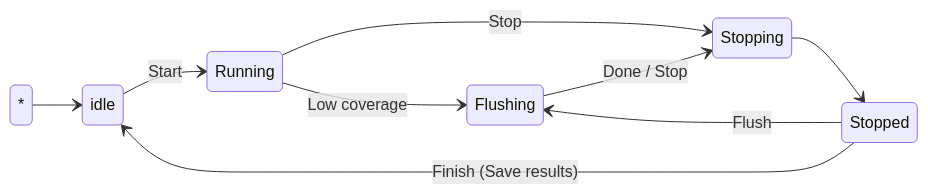
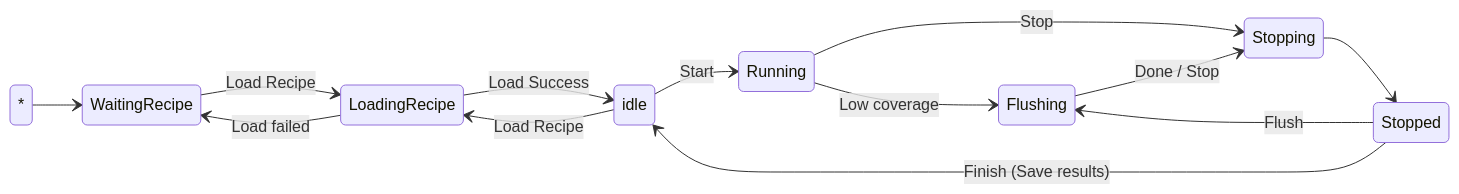
Before and after one commit to Videometer/VM.Lab.Interfaces.BlobAnalyzer: the first of 2 diagrams in README.md, drawn with Mermaid. The commit also changed other lines of this file, not shown here.

````diff
--- a/README.md
+++ b/README.md
@@ -35,12 +35,16 @@
 ```mermaid
 stateDiagram-v2 
   direction LR
-* --> idle
+* --> WaitingRecipe
+WaitingRecipe --> LoadingRecipe : Load Recipe
 idle --> Running : Start
+idle --> LoadingRecipe : Load Recipe
+LoadingRecipe --> idle : Load Success
+LoadingRecipe --> WaitingRecipe : Load failed
 Running --> Flushing : Low coverage
 Running --> Stopping : Stop
 Flushing --> Stopping : Done / Stop
 Stopping --> Stopped
 Stopped --> Flushing : Flush
 Stopped --> idle : Finish (Save results) 
 ```
````
